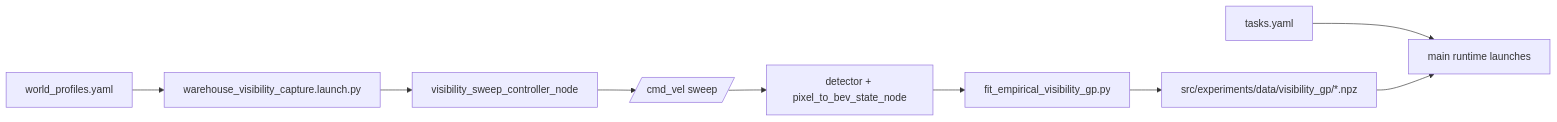
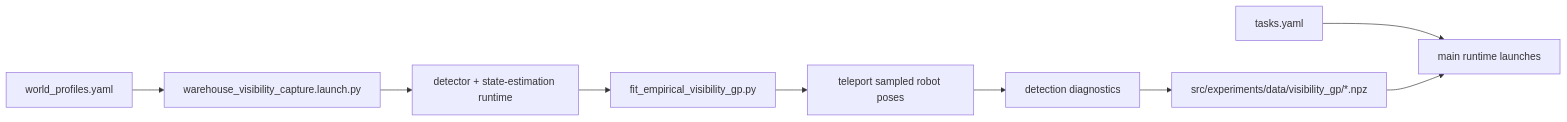
The first of 2 diagrams in docs/runtime_dataflow.md (JoostLeliveld/UnembodiedNavigation), drawn with Mermaid before and after one commit. The commit also changed other lines of this file and 41 other files, not shown here.

````diff
--- a/docs/runtime_dataflow.md
+++ b/docs/runtime_dataflow.md
@@ -17,11 +17,11 @@
 ```mermaid
 flowchart LR
     A[world_profiles.yaml] --> B[warehouse_visibility_capture.launch.py]
-    B --> C[visibility_sweep_controller_node]
-    C --> D[/cmd_vel sweep/]
-    D --> E[detector + pixel_to_bev_state_node]
-    E --> F[fit_empirical_visibility_gp.py]
+    B --> C[detector + state-estimation runtime]
+    C --> D[fit_empirical_visibility_gp.py]
+    D --> E[teleport sampled robot poses]
+    E --> F[detection diagnostics]
     F --> G[src/experiments/data/visibility_gp/*.npz]
     H[tasks.yaml] --> I[main runtime launches]
     G --> I
 ```
````
